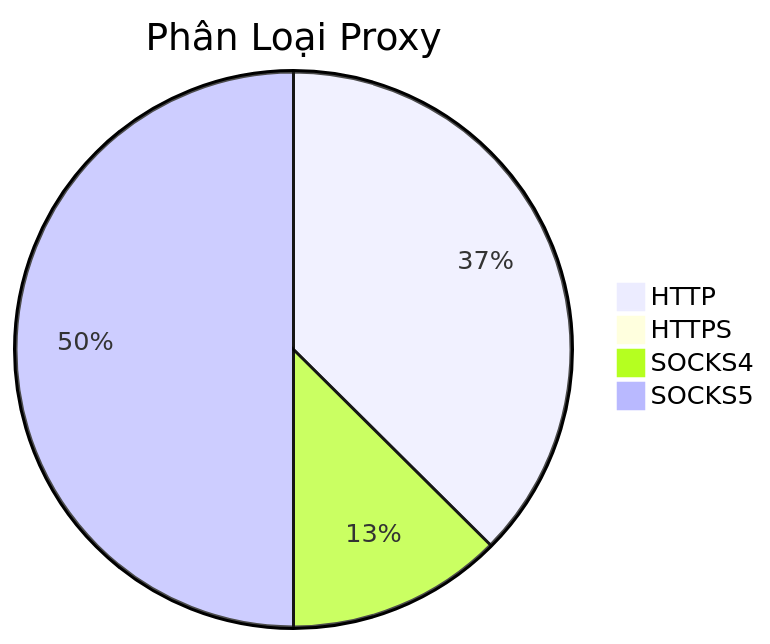
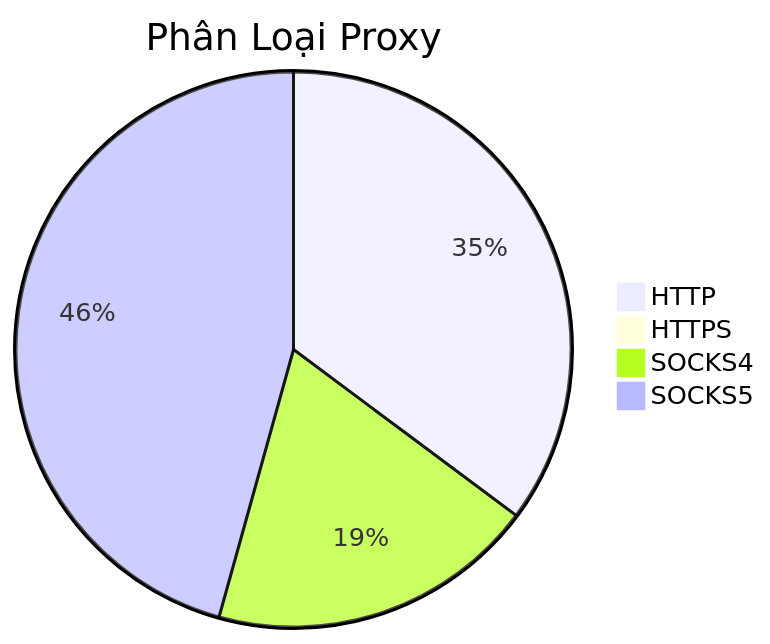
Before and after one commit to Ciara-Aa/PROXY-free: the diagram in README.md, drawn with Mermaid. The commit also changed other lines of this file and 4 other files, not shown here.

````diff
--- a/README.md
+++ b/README.md
@@ -26,7 +26,7 @@
 ```mermaid
 pie title Phân Loại Proxy
-    "HTTP" : 790
+    "HTTP" : 517
     "HTTPS" : 1
-    "SOCKS4" : 265
-    "SOCKS5" : 1055
+    "SOCKS4" : 281
+    "SOCKS5" : 671
 ```
````
